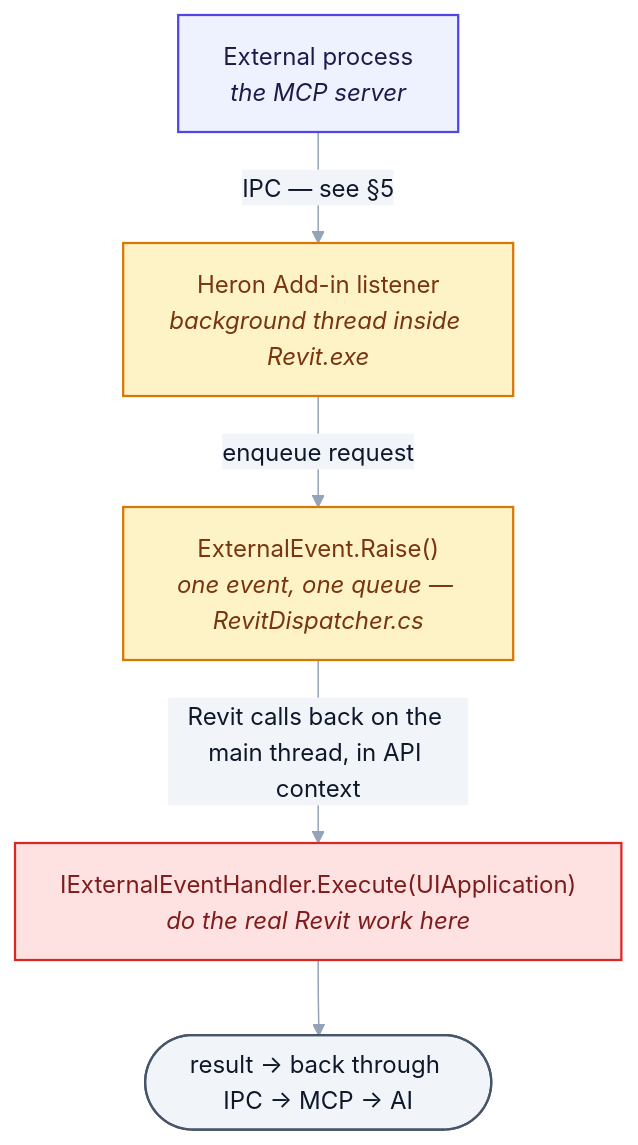
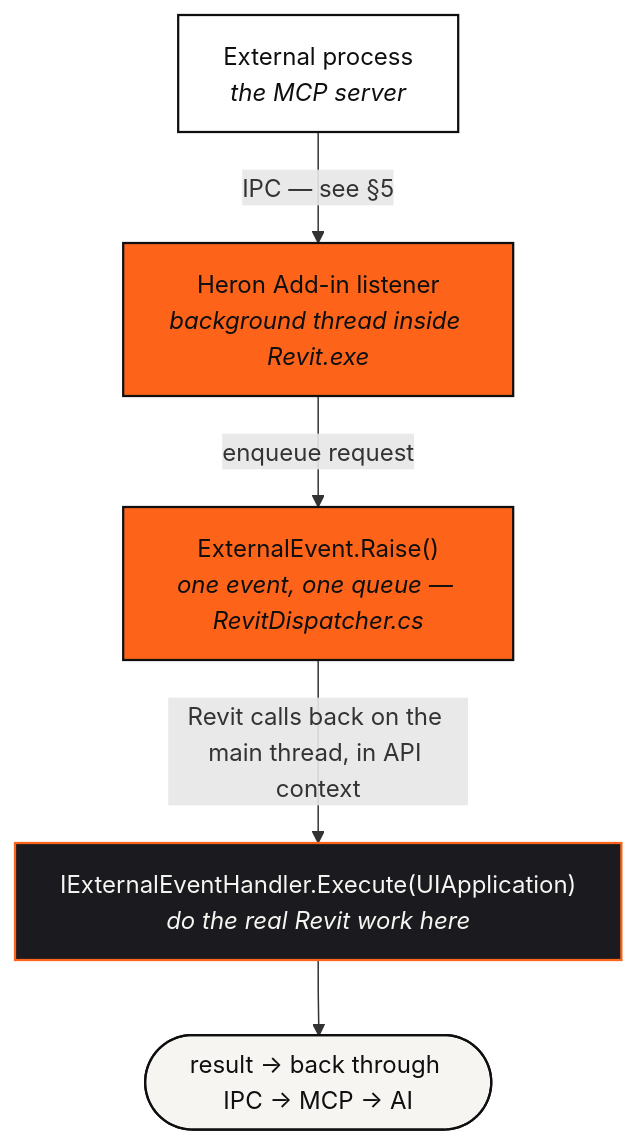
One commit to Ajmalpshaik/Heron-AI changed the diagram in docs/03-heron-revit.md. Above: the diagram before and after it, drawn with Mermaid. The commit also changed 44 other files, not shown here.

First line of the commit message:
Diagrams in the other docs move to the brand palette (D-149, #1116)

````diff
--- a/docs/03-heron-revit.md
+++ b/docs/03-heron-revit.md
@@ -170,23 +170,22 @@
 ```mermaid
-%%{init: {"themeVariables": {"edgeLabelBackground":"#F1F5F9","lineColor":"#94A3B8","textColor":"#0F172A","tertiaryTextColor":"#0F172A"}}}%%
 flowchart TD
     EP["External process<br/><i>the MCP server</i>"]
     LI["Heron Add-in listener<br/><i>background thread inside Revit.exe</i>"]
     EV["ExternalEvent.Raise()<br/><i>one event, one queue — RevitDispatcher.cs</i>"]
     HA["IExternalEventHandler.Execute(UIApplication)<br/><i>do the real Revit work here</i>"]
     RS(["result → back through IPC → MCP → AI"])
 
     EP -->|"IPC — see §5"| LI
     LI -->|"enqueue request"| EV
     EV -->|"Revit calls back on the main thread, in API context"| HA
     HA --> RS
 
-    classDef host fill:#EEF2FF,stroke:#4F46E5,stroke-width:1.5px,color:#1E1B4B
-    classDef addin fill:#FEF3C7,stroke:#D97706,stroke-width:1.5px,color:#78350F
-    classDef revit fill:#FEE2E2,stroke:#DC2626,stroke-width:1.5px,color:#7F1D1D
-    classDef user fill:#F1F5F9,stroke:#475569,stroke-width:1.5px,color:#0F172A
+    classDef host fill:#FFFFFF,stroke:#0F0F10,stroke-width:1.5px,color:#0F0F10
+    classDef addin fill:#FD641A,stroke:#0F0F10,stroke-width:1.5px,color:#0F0F10
+    classDef revit fill:#1B1B1F,stroke:#FD641A,stroke-width:1.5px,color:#F7F5F2
+    classDef user fill:#F7F5F2,stroke:#0F0F10,stroke-width:1.5px,color:#0F0F10
     class EP host
     class LI,EV addin
     class HA revit
     class RS user
 ```
````
